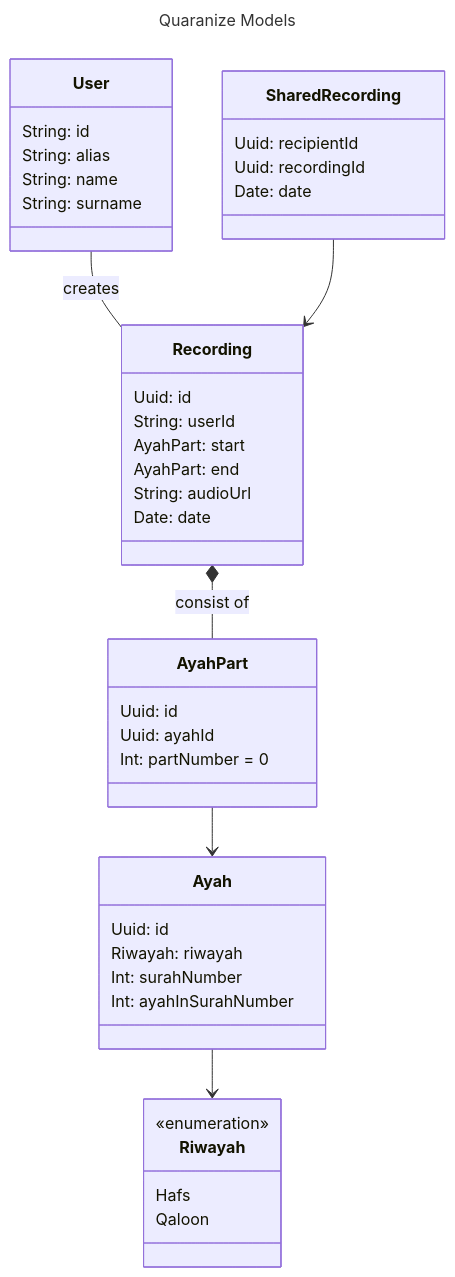
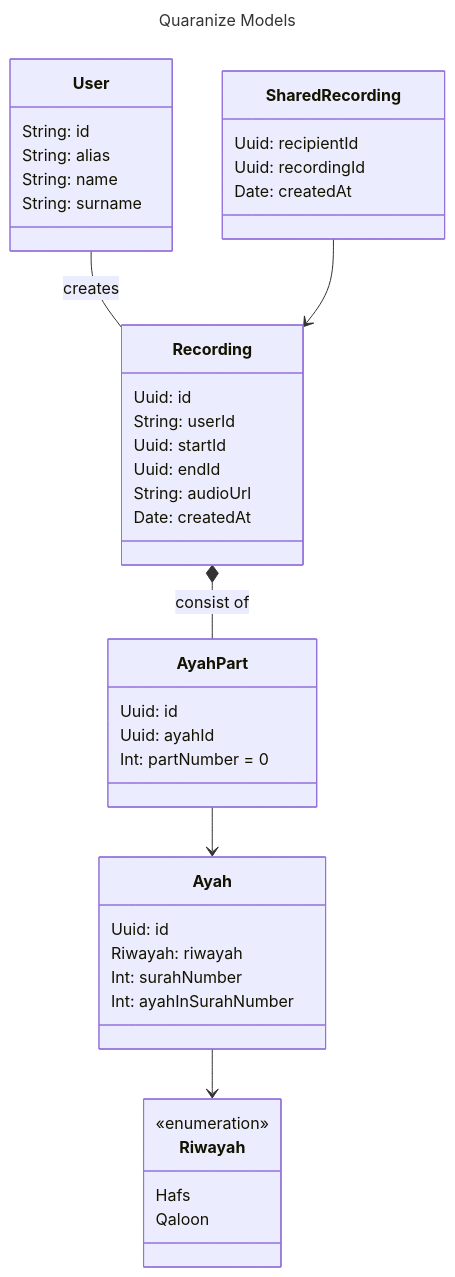
One commit to CrowdsourcingApps/QuaranApp_Backend changed the diagram in models_mvp_v1.mmd. Above: the diagram before and after it, drawn with Mermaid.

Commit message:
Updated fields names

```diff
--- a/models_mvp_v1.mmd
+++ b/models_mvp_v1.mmd
@@ -1,44 +1,44 @@
 ---
 title: Quaranize Models
 ---
 classDiagram
 class Riwayah {
     <<enumeration>>
     Hafs
     Qaloon
 }
 class AyahPart {
     Uuid: id
     Uuid: ayahId
     Int: partNumber = 0
 }
 class Ayah {
     Uuid: id
     Riwayah: riwayah
     Int: surahNumber
     Int: ayahInSurahNumber
 }
 class User {
     String: id
     String: alias
     String: name
     String: surname
 }
 class Recording {
     Uuid: id
     String: userId
-    AyahPart: start
-    AyahPart: end 
+    Uuid: startId
+    Uuid: endId
     String: audioUrl
-    Date: date
+    Date: createdAt
 }
 class SharedRecording {
     Uuid: recipientId
     Uuid: recordingId
-    Date: date
+    Date: createdAt
 }
 Recording *-- AyahPart: consist of
 User -- Recording: creates
 AyahPart --> Ayah
 Ayah --> Riwayah
 SharedRecording --> Recording
```
